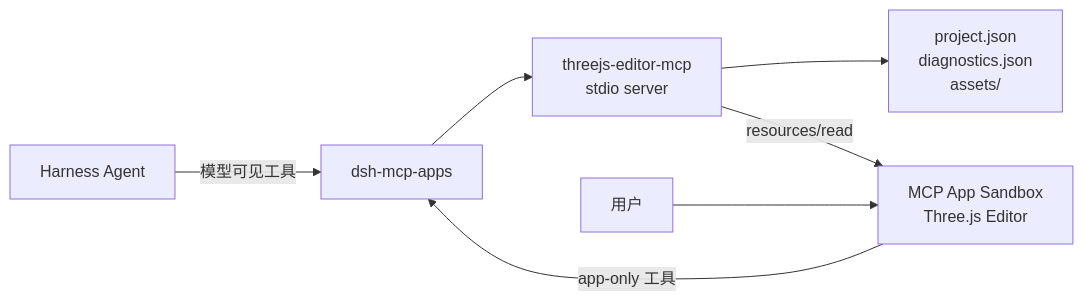
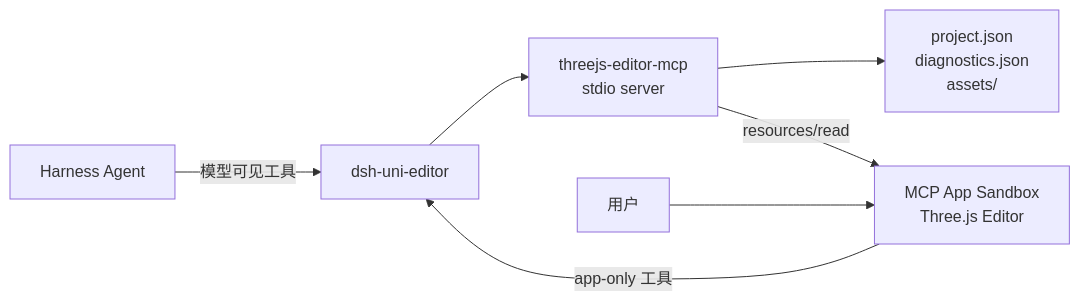
The diagram in README.zh-CN.md (creativedswork/threejs-editor-mcp), drawn with Mermaid before and after one commit. The commit also changed other lines of this file and 16 other files, not shown here.

Commit message:
docs: rename host to DSH Uni Editor

````diff
--- a/README.zh-CN.md
+++ b/README.zh-CN.md
@@ -11,9 +11,9 @@
 ```mermaid
 flowchart LR
-  Agent["Harness Agent"] -->|"模型可见工具"| Host["dsh-mcp-apps"]
+  Agent["Harness Agent"] -->|"模型可见工具"| Host["dsh-uni-editor"]
   Host --> Server["threejs-editor-mcp<br/>stdio server"]
   Server --> Store["project.json<br/>diagnostics.json<br/>assets/"]
   Server -->|"resources/read"| App["MCP App Sandbox<br/>Three.js Editor"]
   App -->|"app-only 工具"| Host
   Human["用户"] --> App
 ```
````
